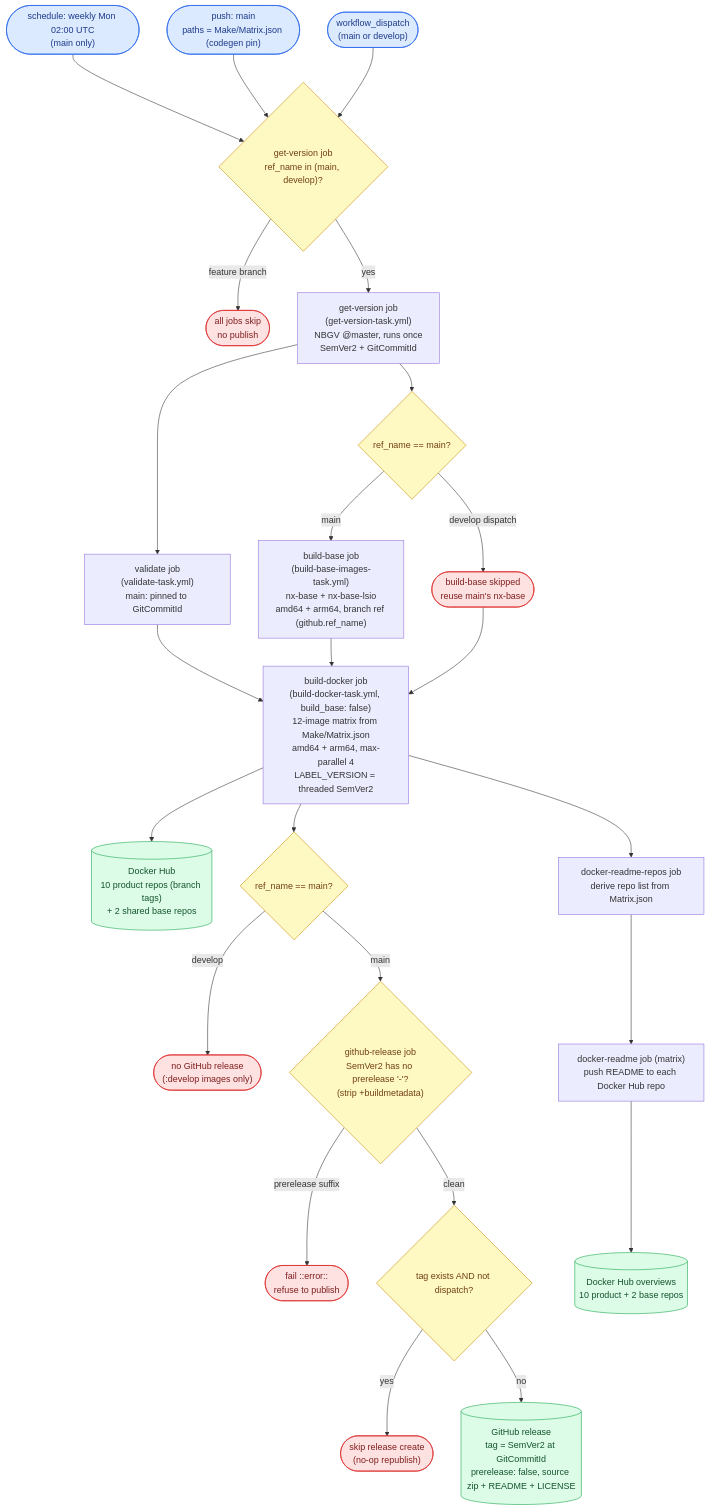
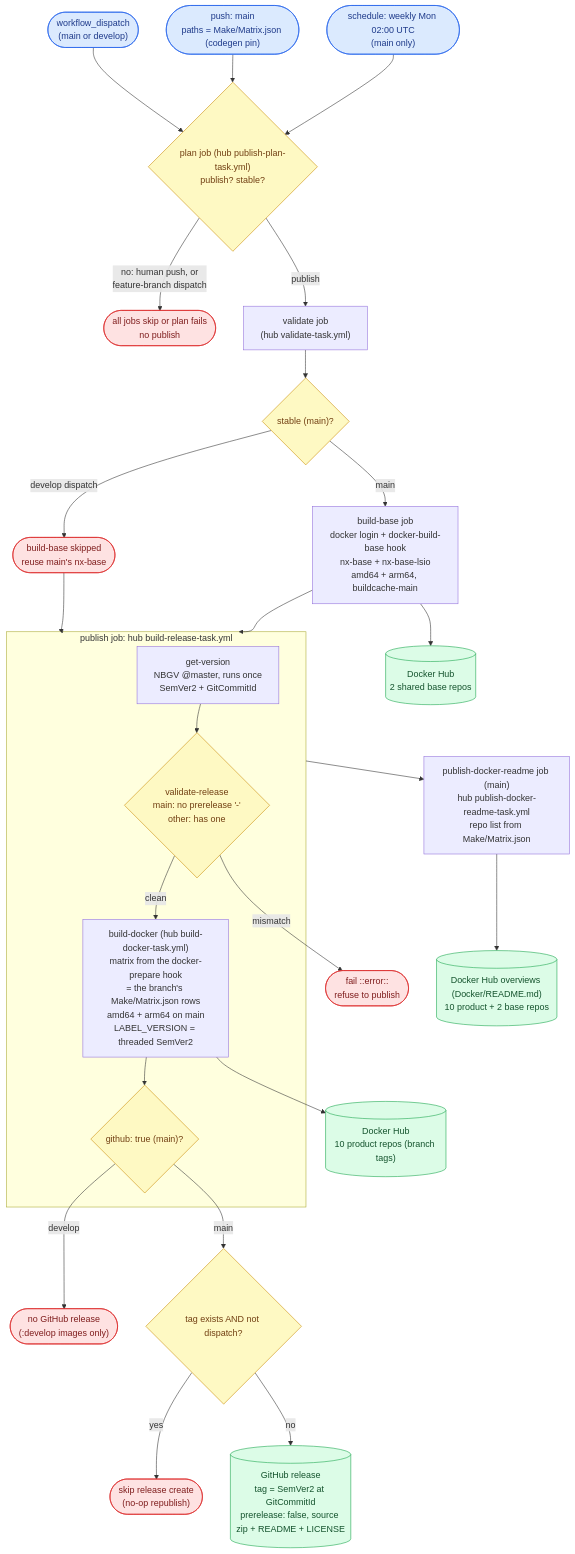
Before and after one commit to ptr727/NxWitness: the second of 4 diagrams in WORKFLOW.md, drawn with Mermaid. The commit also changed other lines of this file and 17 other files, not shown here.

First line of the commit message:
Adopt the Hub-Hosted Workflow Tasks

````diff
--- a/WORKFLOW.md
+++ b/WORKFLOW.md
@@ -257,32 +277,32 @@
 ```mermaid
 flowchart TD
-    P1(["schedule: weekly Mon 02:00 UTC<br/>(main only)"]):::trig --> GV
-    P2(["push: main<br/>paths = Make/Matrix.json (codegen pin)"]):::trig --> GV
-    P3(["workflow_dispatch<br/>(main or develop)"]):::trig --> GV
-    GV{"get-version job<br/>ref_name in (main, develop)?"}:::gate
-    GV -- "feature branch" --> GVS(["all jobs skip<br/>no publish"]):::stop
-    GV -- "yes" --> GVR["get-version job<br/>(get-version-task.yml)<br/>NBGV @master, runs once<br/>SemVer2 + GitCommitId"]
-    GVR --> BB{"ref_name == main?"}:::gate
+    P1(["schedule: weekly Mon 02:00 UTC<br/>(main only)"]):::trig --> PL
+    P2(["push: main<br/>paths = Make/Matrix.json (codegen pin)"]):::trig --> PL
+    P3(["workflow_dispatch<br/>(main or develop)"]):::trig --> PL
+    PL{"plan job (hub publish-plan-task.yml)<br/>publish? stable?"}:::gate
+    PL -- "no: human push, or<br/>feature-branch dispatch" --> PLS(["all jobs skip or plan fails<br/>no publish"]):::stop
+    PL -- "publish" --> VAL["validate job<br/>(hub validate-task.yml)"]
+    VAL --> BB{"stable (main)?"}:::gate
     BB -- "develop dispatch" --> BBS(["build-base skipped<br/>reuse main's nx-base"]):::stop
-    BB -- "main" --> BBJ["build-base job<br/>(build-base-images-task.yml)<br/>nx-base + nx-base-lsio<br/>amd64 + arm64, branch ref (github.ref_name)"]
-    GVR --> VAL["validate job<br/>(validate-task.yml)<br/>main: pinned to GitCommitId"]
-    VAL --> BD
-    BBJ --> BD
-    BBS --> BD
-    BD["build-docker job<br/>(build-docker-task.yml, build_base: false)<br/>12-image matrix from Make/Matrix.json<br/>amd64 + arm64, max-parallel 4<br/>LABEL_VERSION = threaded SemVer2"]
-    BD --> DH[("Docker Hub<br/>10 product repos (branch tags)<br/>+ 2 shared base repos")]:::pub
-    BD --> RG{"ref_name == main?"}:::gate
+    BB -- "main" --> BBJ["build-base job<br/>docker login + docker-build-base hook<br/>nx-base + nx-base-lsio<br/>amd64 + arm64, buildcache-main"]
+    BBJ --> PUB
+    BBS --> PUB
+    subgraph PUB ["publish job: hub build-release-task.yml"]
+        GVR["get-version<br/>NBGV @master, runs once<br/>SemVer2 + GitCommitId"] --> VR{"validate-release<br/>main: no prerelease '-'<br/>other: has one"}:::gate
+        VR -- "clean" --> BD["build-docker (hub build-docker-task.yml)<br/>matrix from the docker-prepare hook<br/>= the branch's Make/Matrix.json rows<br/>amd64 + arm64 on main<br/>LABEL_VERSION = threaded SemVer2"]
+        BD --> RG{"github: true (main)?"}:::gate
+    end
+    VR -- "mismatch" --> VRX(["fail ::error::<br/>refuse to publish"]):::stop
+    BD --> DH[("Docker Hub<br/>10 product repos (branch tags)")]:::pub
+    BBJ --> DHB[("Docker Hub<br/>2 shared base repos")]:::pub
     RG -- "develop" --> RGS(["no GitHub release<br/>(:develop images only)"]):::stop
-    RG -- "main" --> VPR{"github-release job<br/>SemVer2 has no prerelease '-'?<br/>(strip +buildmetadata)"}:::gate
-    VPR -- "prerelease suffix" --> VPRX(["fail ::error::<br/>refuse to publish"]):::stop
-    VPR -- "clean" --> EX{"tag exists AND not dispatch?"}:::gate
+    RG -- "main" --> EX{"tag exists AND not dispatch?"}:::gate
     EX -- "yes" --> EXS(["skip release create<br/>(no-op republish)"]):::stop
     EX -- "no" --> REL[("GitHub release<br/>tag = SemVer2 at GitCommitId<br/>prerelease: false, source zip + README + LICENSE")]:::pub
-    BD --> DRR["docker-readme-repos job<br/>derive repo list from Matrix.json"]
-    DRR --> DRM["docker-readme job (matrix)<br/>push README to each Docker Hub repo"]
-    DRM --> DRO[("Docker Hub overviews<br/>10 product + 2 base repos")]:::pub
+    PUB --> DRM["publish-docker-readme job (main)<br/>hub publish-docker-readme-task.yml<br/>repo list from Make/Matrix.json"]
+    DRM --> DRO[("Docker Hub overviews (Docker/README.md)<br/>10 product + 2 base repos")]:::pub
     classDef trig fill:#dbeafe,stroke:#2563eb,color:#1e3a8a
     classDef gate fill:#fef9c3,stroke:#ca8a04,color:#713f12
     classDef pub fill:#dcfce7,stroke:#16a34a,color:#14532d
     classDef stop fill:#fee2e2,stroke:#dc2626,color:#7f1d1d
 ```
````
